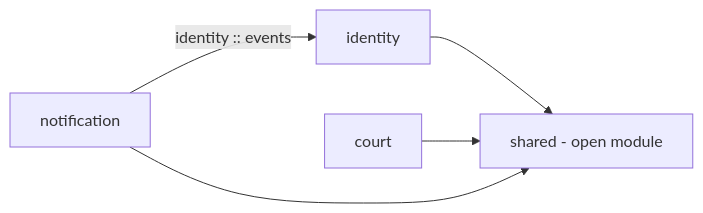
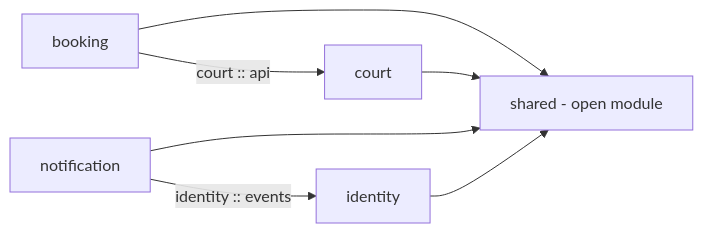
The second of 4 diagrams in docs/architecture/architecture.md (hcyk268/sports-booking-be), drawn with Mermaid before and after one commit. The commit also changed other lines of this file and 4 other files, not shown here.

Commit message:
docs: document booking module, API, and architecture boundaries

````diff
--- a/docs/architecture/architecture.md
+++ b/docs/architecture/architecture.md
@@ -41,7 +41,9 @@
 ```mermaid
 flowchart LR
     Identity[identity] --> Shared[shared - open module]
     Court[court] --> Shared
+    Booking[booking] --> Shared
+    Booking -->|court :: api| Court
     Notification[notification] --> Shared
     Notification -->|identity :: events| Identity
 ```
````
